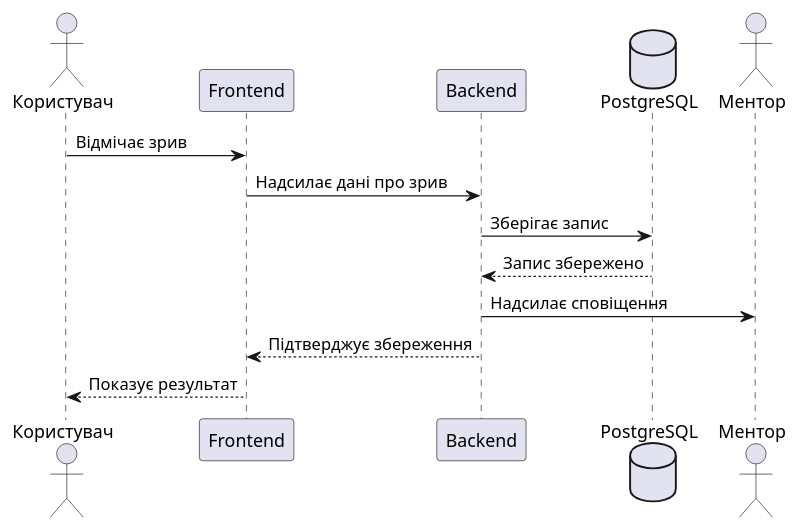
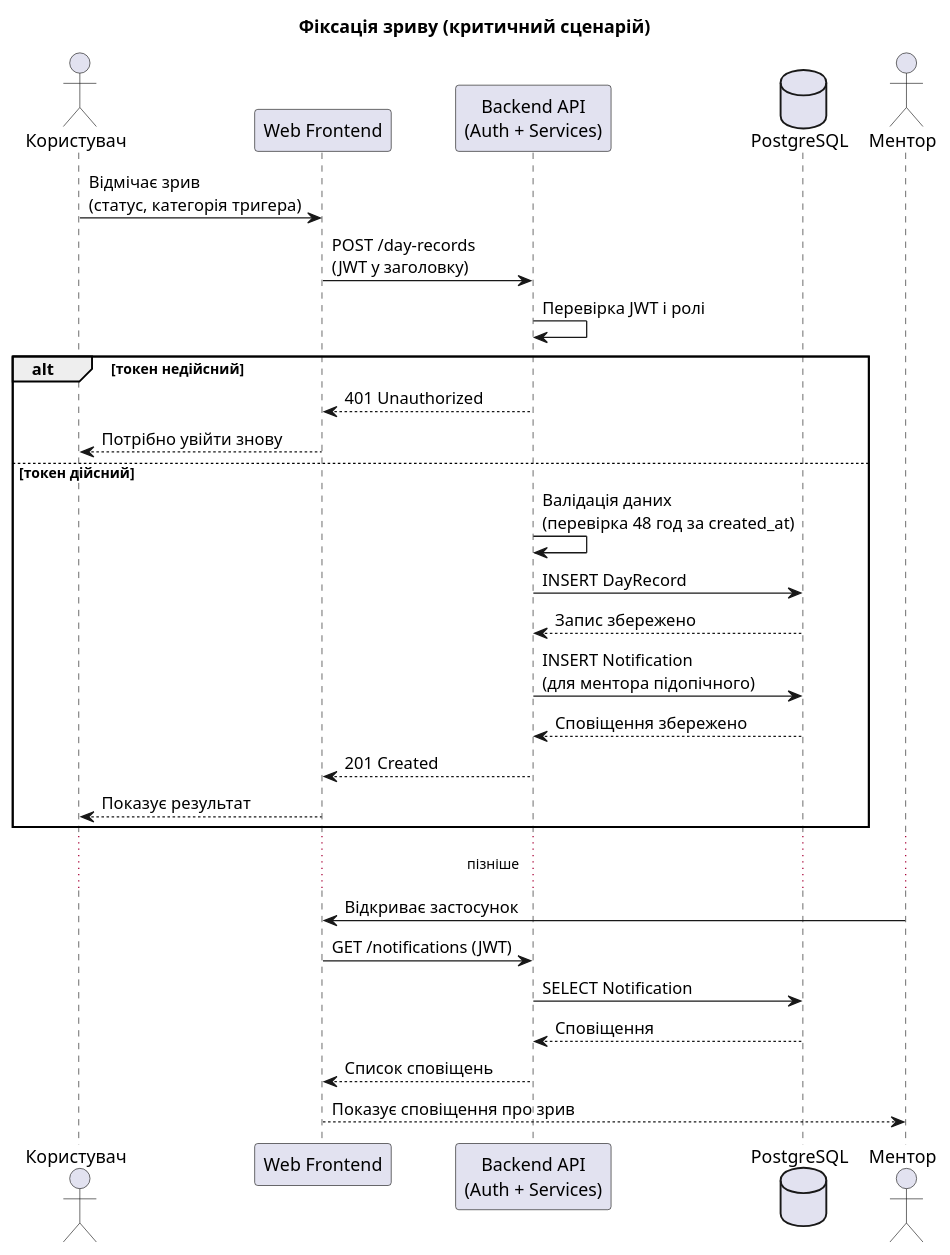
The diagram in docs/architecture/uml/sequence-diagram.puml (ukma-fin-ssdm-2026/Rehab), drawn with PlantUML before and after one commit.

```diff
--- a/docs/architecture/uml/sequence-diagram.puml
+++ b/docs/architecture/uml/sequence-diagram.puml
@@ -1,15 +1,34 @@
 @startuml
+title Фіксація зриву (критичний сценарій)
+
 actor "Користувач" as User
-participant "Frontend" as Front
-participant "Backend" as Back
+participant "Web Frontend" as Front
+participant "Backend API\n(Auth + Services)" as Back
 database "PostgreSQL" as DB
 actor "Ментор" as Mentor
 
-User -> Front: Відмічає зрив
-Front -> Back: Надсилає дані про зрив
-Back -> DB: Зберігає запис
-DB --> Back: Запис збережено
-Back -> Mentor: Надсилає сповіщення
-Back --> Front: Підтверджує збереження
-Front --> User: Показує результат
+User -> Front : Відмічає зрив\n(статус, категорія тригера)
+Front -> Back : POST /day-records\n(JWT у заголовку)
+Back -> Back : Перевірка JWT і ролі
+
+alt токен недійсний
+  Back --> Front : 401 Unauthorized
+  Front --> User : Потрібно увійти знову
+else токен дійсний
+  Back -> Back : Валідація даних\n(перевірка 48 год за created_at)
+  Back -> DB : INSERT DayRecord
+  DB --> Back : Запис збережено
+  Back -> DB : INSERT Notification\n(для ментора підопічного)
+  DB --> Back : Сповіщення збережено
+  Back --> Front : 201 Created
+  Front --> User : Показує результат
+end
+
+... пізніше ...
+Mentor -> Front : Відкриває застосунок
+Front -> Back : GET /notifications (JWT)
+Back -> DB : SELECT Notification
+DB --> Back : Сповіщення
+Back --> Front : Список сповіщень
+Front --> Mentor : Показує сповіщення про зрив
 @enduml
```
